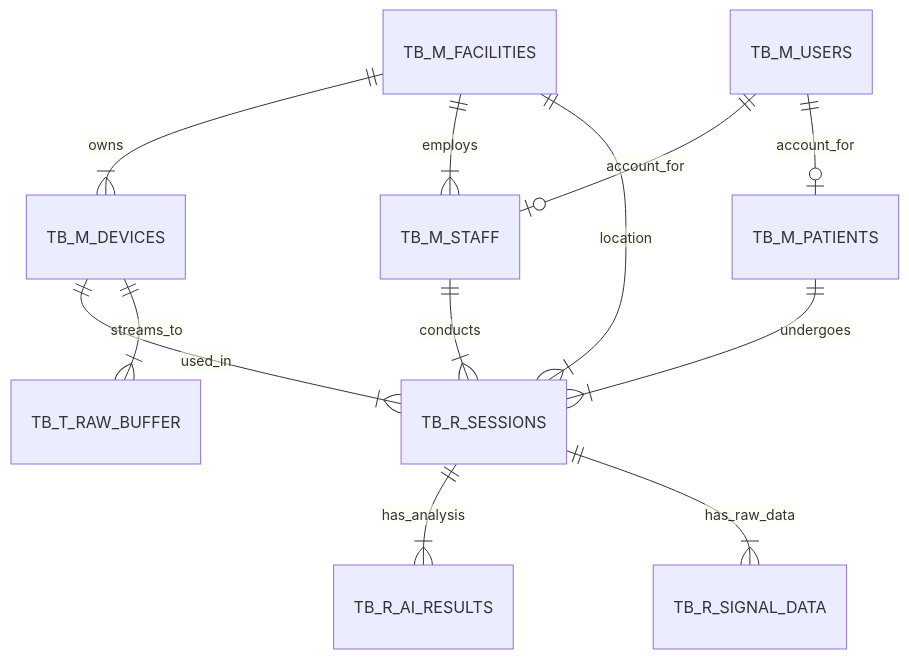
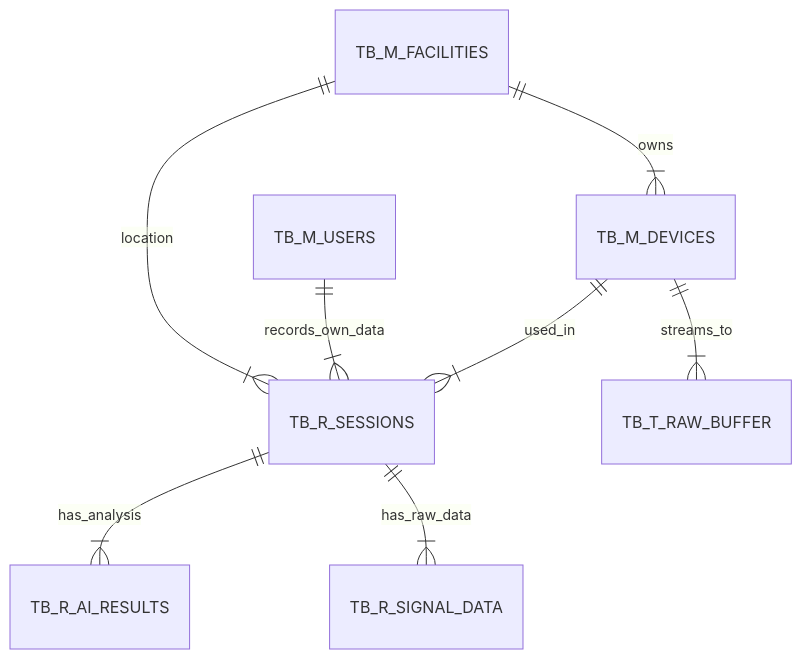
Before and after one commit to affanrk/ecg-puskesmas: the second of 2 diagrams in DESIGN_DOCUMENT.md, drawn with Mermaid. The commit also changed other lines of this file and 30 other files, not shown here.

Commit message:
BE: Refactor backend architecture, modernize repositories, and enhance authentication endpoints

````diff
--- a/DESIGN_DOCUMENT.md
+++ b/DESIGN_DOCUMENT.md
@@ -55,21 +55,17 @@
 ```mermaid
 erDiagram
     %% Master Tables
     TB_M_FACILITIES ||--|{ TB_M_DEVICES : owns
-    TB_M_FACILITIES ||--|{ TB_M_STAFF : employs
     TB_M_FACILITIES ||--|{ TB_R_SESSIONS : location
     
-    TB_M_USERS ||--o| TB_M_STAFF : account_for
-    TB_M_USERS ||--o| TB_M_PATIENTS : account_for
+    TB_M_USERS ||--|{ TB_R_SESSIONS : records_own_data
     
-    TB_M_PATIENTS ||--|{ TB_R_SESSIONS : undergoes
-    TB_M_STAFF ||--|{ TB_R_SESSIONS : conducts
     TB_M_DEVICES ||--|{ TB_R_SESSIONS : used_in
     
     %% Transaction Tables
     TB_R_SESSIONS ||--|{ TB_R_AI_RESULTS : has_analysis
     TB_R_SESSIONS ||--|{ TB_R_SIGNAL_DATA : has_raw_data
     
     %% Temporary Tables
     TB_M_DEVICES ||--|{ TB_T_RAW_BUFFER : streams_to
 ```
````
